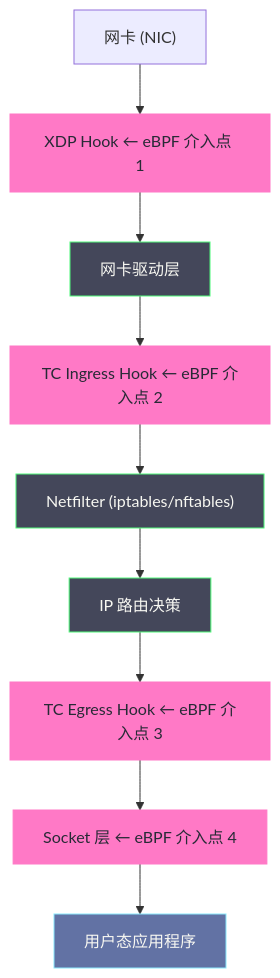
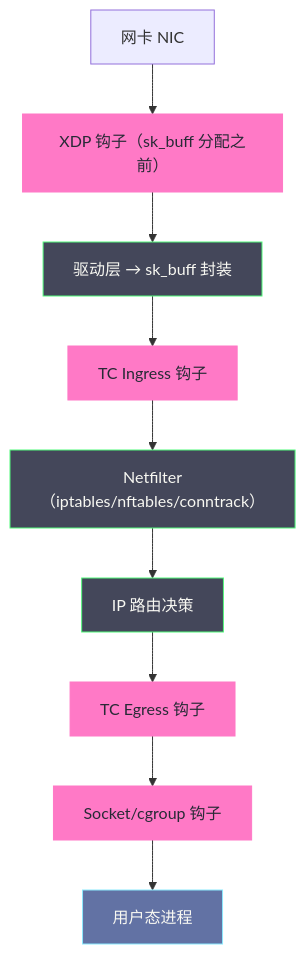
One commit to hpliStartAgain/my-brain changed the second of 4 diagrams in content/云原生/Kubernetes/kubernetes网络原理与插件/05 Cilium深度解析——eBPF驱动的下一代网络与可观测性.md. Above: the diagram before and after it, drawn with Mermaid. The commit also changed other lines of this file and 29 other files, not shown here.

````diff
--- a/content/云原生/Kubernetes/kubernetes网络原理与插件/05 Cilium深度解析——eBPF驱动的下一代网络与可观测性.md
+++ b/content/云原生/Kubernetes/kubernetes网络原理与插件/05 Cilium深度解析——eBPF驱动的下一代网络与可观测性.md
@@ -68,30 +97,20 @@
 ```mermaid
 %%{init: {'theme': 'dracula'}}%%
 graph TD
     classDef hook fill:#ff79c6,stroke:#ff79c6,color:#282a36
     classDef kernel fill:#44475a,stroke:#50fa7b,color:#f8f8f2
     classDef user fill:#6272a4,stroke:#8be9fd,color:#f8f8f2
 
-    NIC["网卡 (NIC)"]
-    XDP["XDP Hook ← eBPF 介入点 1"]
-    Driver["网卡驱动层"]
-    TC_Ingress["TC Ingress Hook ← eBPF 介入点 2"]
-    Netfilter["Netfilter (iptables/nftables)"]
-    Routing["IP 路由决策"]
-    TC_Egress["TC Egress Hook ← eBPF 介入点 3"]
-    Socket["Socket 层 ← eBPF 介入点 4"]
-    App["用户态应用程序"]
+    NIC["网卡 NIC"] --> XDP["XDP 钩子（sk_buff 分配之前）"]
+    XDP --> Driver["驱动层 → sk_buff 封装"]
+    Driver --> TCi["TC Ingress 钩子"]
+    TCi --> Netfilter["Netfilter（iptables/nftables/conntrack）"]
+    Netfilter --> Routing["IP 路由决策"]
+    Routing --> TCe["TC Egress 钩子"]
+    TCe --> Socket["Socket/cgroup 钩子"]
+    Socket --> App["用户态进程"]
 
-    NIC --> XDP
-    XDP --> Driver
-    Driver --> TC_Ingress
-    TC_Ingress --> Netfilter
-    Netfilter --> Routing
-    Routing --> TC_Egress
-    TC_Egress --> Socket
-    Socket --> App
-
-    class XDP,TC_Ingress,TC_Egress,Socket hook
+    class XDP,TCi,TCe,Socket hook
     class Driver,Netfilter,Routing kernel
     class App user
 ```
````
